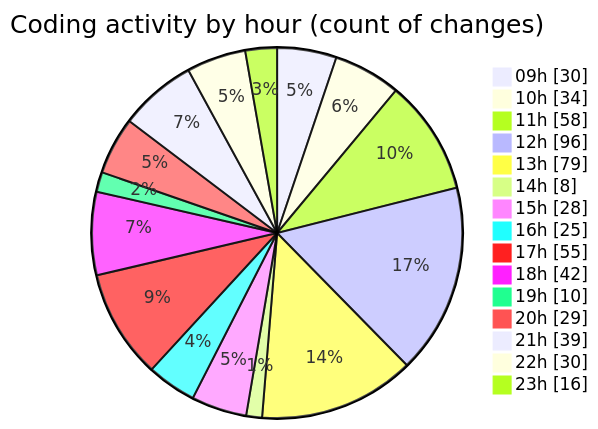
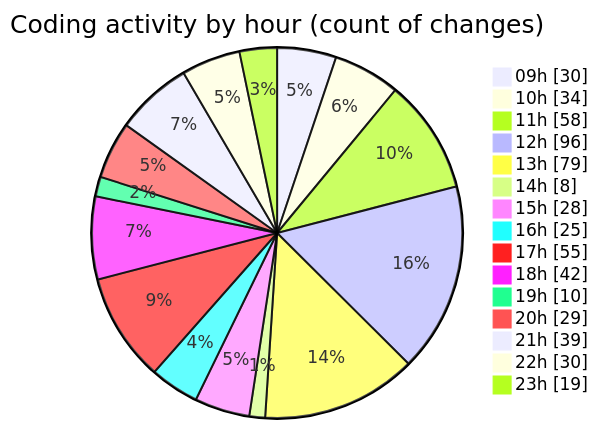
One commit to momahboobian/code-tracking changed the second of 2 diagrams in 2025-04-02/cda/README.md. Above: the diagram before and after it, drawn with Mermaid. The commit also changed other lines of this file and 1 other file, not shown here.

````diff
--- a/2025-04-02/cda/README.md
+++ b/2025-04-02/cda/README.md
@@ -40,19 +40,19 @@
 ```mermaid
 pie showData
 title Coding activity by hour (count of changes)
 "09h" : 30
 "10h" : 34
 "11h" : 58
 "12h" : 96
 "13h" : 79
 "14h" : 8
 "15h" : 28
 "16h" : 25
 "17h" : 55
 "18h" : 42
 "19h" : 10
 "20h" : 29
 "21h" : 39
 "22h" : 30
-"23h" : 16
+"23h" : 19
 ```
````
